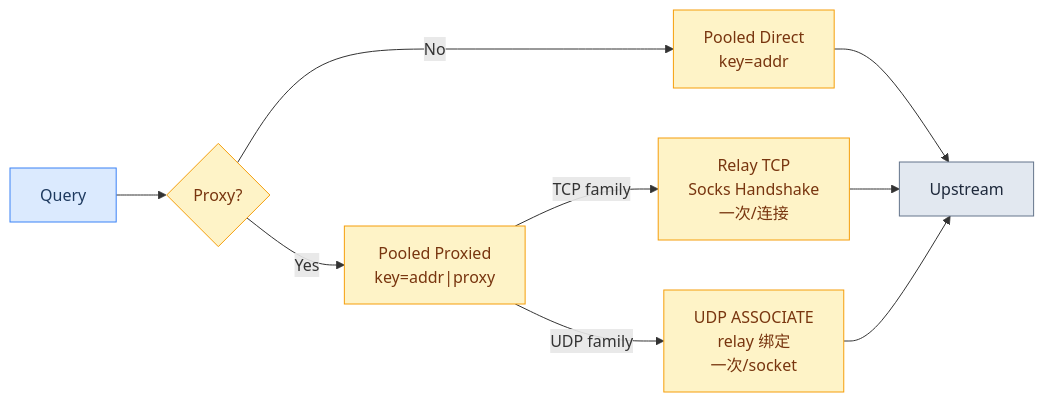
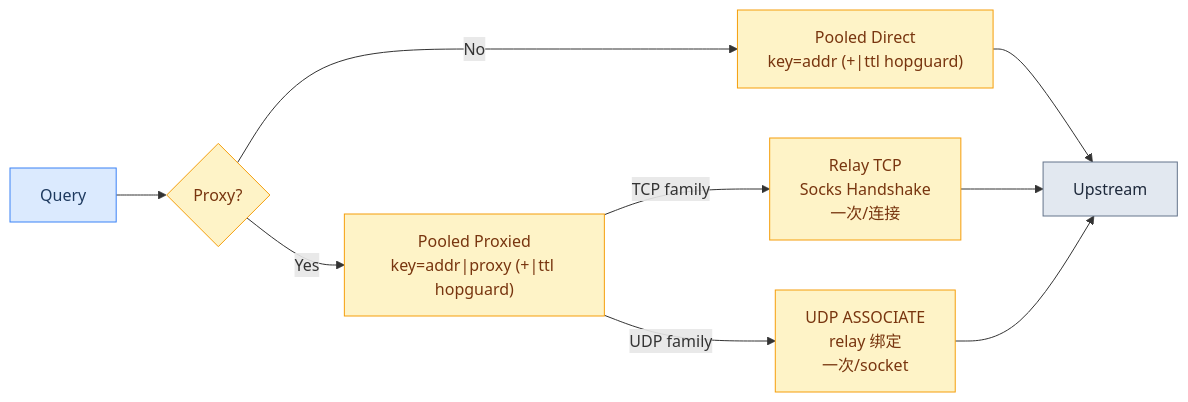
Diagram 31 of 37 in docs/FLOWCHARTS.md (hezhijie0327/ZJDNS), drawn with Mermaid before and after one commit. The commit also changed other lines of this file and 25 other files, not shown here.

````diff
--- a/docs/FLOWCHARTS.md
+++ b/docs/FLOWCHARTS.md
@@ -948,17 +949,17 @@
 ```mermaid
 graph LR
     Q[Query] --> PROXY{Proxy?}
-    PROXY -->|No| POOL[Pooled Direct<br/>key=addr]
-    PROXY -->|Yes| POOLP["Pooled Proxied<br/>key=addr|proxy"]
+    PROXY -->|No| POOL["Pooled Direct<br/>key=addr (+|ttl hopguard)"]
+    PROXY -->|Yes| POOLP["Pooled Proxied<br/>key=addr|proxy (+|ttl hopguard)"]
     POOLP -->|TCP family| TCPR[Relay TCP<br/>Socks Handshake<br/>一次/连接]
     POOLP -->|UDP family| UDPR[UDP ASSOCIATE<br/>relay 绑定<br/>一次/socket]
     POOL --> UP[Upstream]
     TCPR --> UP
     UDPR --> UP
     classDef query fill:#dbeafe,stroke:#3b82f6,color:#1e3a5f
     classDef proc fill:#fef3c7,stroke:#f59e0b,color:#78350f
     classDef ext fill:#e2e8f0,stroke:#64748b,color:#1e293b
     class Q query
     class PROXY,POOL,POOLP,TCPR,UDPR proc
     class UP ext
 ```
````
